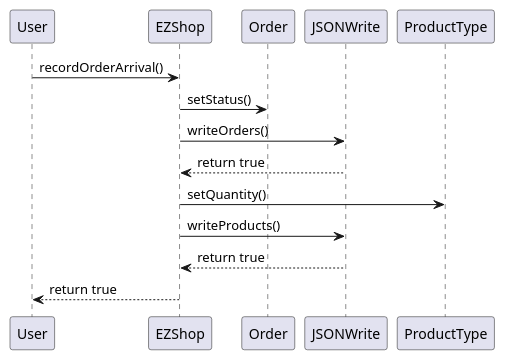
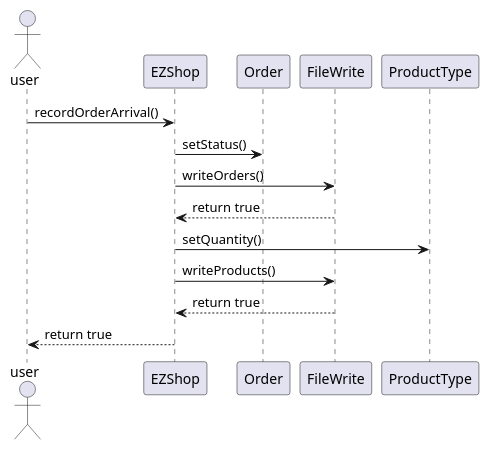
Diagram 11 of 28 in Deliverables/DesignDocument.md (giuseppesalvi/ezshop), drawn with PlantUML before and after one commit. The commit also changed other lines of this file, not shown here.

Commit message:
Update DesignDocument.md: sequence diagram, class diagram, package diagram

````diff
--- a/Deliverables/DesignDocument.md
+++ b/Deliverables/DesignDocument.md
@@ -407,16 +413,16 @@
 ```plantuml
 @startuml
-participant User
+actor user
 participant EZShop
 participant Order
-participant JSONWrite
-User -> EZShop : recordOrderArrival()
+participant FileWrite
+user -> EZShop : recordOrderArrival()
 EZShop -> Order : setStatus()
-EZShop -> JSONWrite : writeOrders()
-EZShop <-- JSONWrite : return true
+EZShop -> FileWrite : writeOrders()
+EZShop <-- FileWrite : return true
 EZShop -> ProductType : setQuantity()
-EZShop -> JSONWrite : writeProducts()
-EZShop <-- JSONWrite : return true
-User <-- EZShop : return true
+EZShop -> FileWrite : writeProducts()
+EZShop <-- FileWrite : return true
+user <-- EZShop : return true
 @enduml
 ```
````
